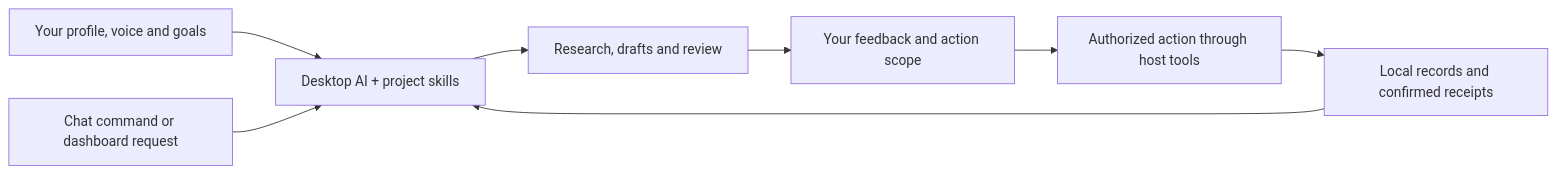
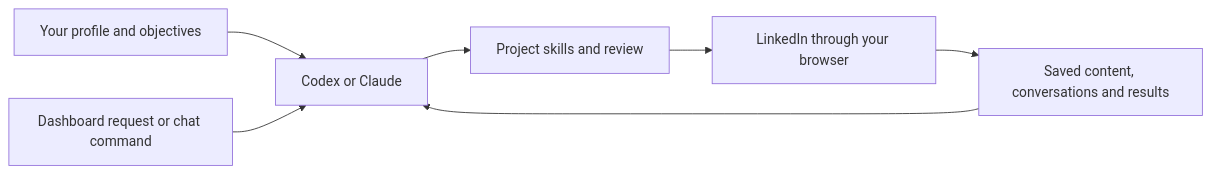
One commit to gpsintown/SocialMedia-Plus changed the diagram in README.md. Above: the diagram before and after it, drawn with Mermaid. The commit also changed other lines of this file and 13 other files, not shown here.

Commit message:
Explain desktop browser automation across README and guides

````diff
--- a/README.md
+++ b/README.md
@@ -61,10 +50,9 @@
 ```mermaid
 flowchart LR
-    A[Your profile, voice and goals] --> B[Desktop AI + project skills]
-    C[Chat command or dashboard request] --> B
-    B --> D[Research, drafts and review]
-    D --> E[Your feedback and action scope]
-    E --> F[Authorized action through host tools]
-    F --> G[Local records and confirmed receipts]
-    G --> B
+    A[Your profile and objectives] --> B[Codex or Claude]
+    C[Dashboard request or chat command] --> B
+    B --> D[Project skills and review]
+    D --> E[LinkedIn through your browser]
+    E --> F[Saved content, conversations and results]
+    F --> B
 ```
````
